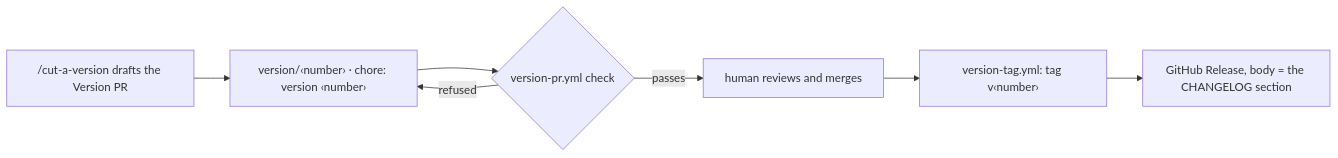
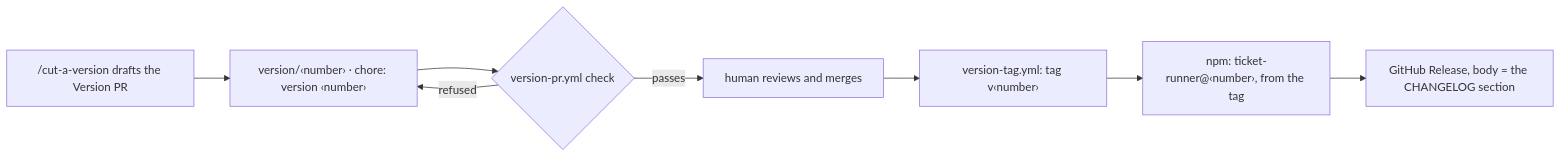
The second of 2 diagrams in wiki/guide/internals.md (jjongs2/ticket-runner), drawn with Mermaid before and after one commit. The commit also changed other lines of this file and 16 other files, not shown here.

````diff
--- a/wiki/guide/internals.md
+++ b/wiki/guide/internals.md
@@ -177,9 +177,10 @@
 ```mermaid
 flowchart LR
     SK["/cut-a-version drafts the Version PR"] --> PR["version/‹number› · chore: version ‹number›"]
     PR --> CK{"version-pr.yml check"}
     CK -- refused --> PR
     CK -- passes --> MG["human reviews and merges"]
     MG --> TG["version-tag.yml: tag v‹number›"]
-    TG --> RL["GitHub Release, body = the CHANGELOG section"]
+    TG --> NP["npm: ticket-runner@‹number›, from the tag"]
+    NP --> RL["GitHub Release, body = the CHANGELOG section"]
 ```
````
